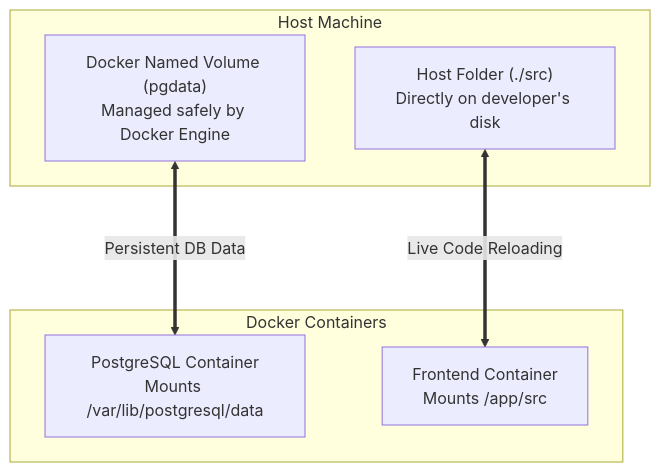
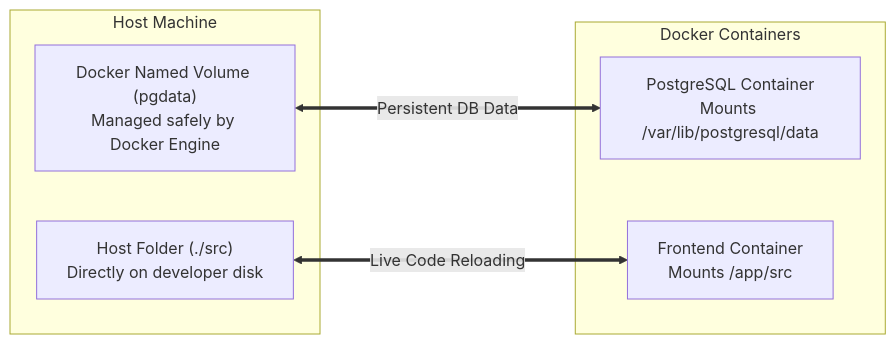
One commit to rohithgowda18/Notes changed diagram 12 of 14 in 07-Backend-Engineering/Docker.md. Above: the diagram before and after it, drawn with Mermaid. The commit also changed other lines of this file and 15 other files, not shown here.

Commit message:
docs: audit Mermaid diagrams, optimize side-by-side layouts, and deduplicate DBMS advanced notes

````diff
--- a/07-Backend-Engineering/Docker.md
+++ b/07-Backend-Engineering/Docker.md
@@ -472,15 +477,15 @@
 ```mermaid
-flowchart TD
+flowchart LR
     subgraph Host ["Host Machine"]
-        V["Docker Named Volume (pgdata)\nManaged safely by Docker Engine"]
-        B["Host Folder (./src)\nDirectly on developer's disk"]
+        V["Docker Named Volume (pgdata)<br/>Managed safely by Docker Engine"]
+        B["Host Folder (./src)<br/>Directly on developer disk"]
     end
 
     subgraph Containers ["Docker Containers"]
-        DB["PostgreSQL Container\nMounts /var/lib/postgresql/data"]
-        Web["Frontend Container\nMounts /app/src"]
+        DB["PostgreSQL Container<br/>Mounts /var/lib/postgresql/data"]
+        Web["Frontend Container<br/>Mounts /app/src"]
     end
 
     V <===>|Persistent DB Data| DB
     B <===>|Live Code Reloading| Web
 ```
````
